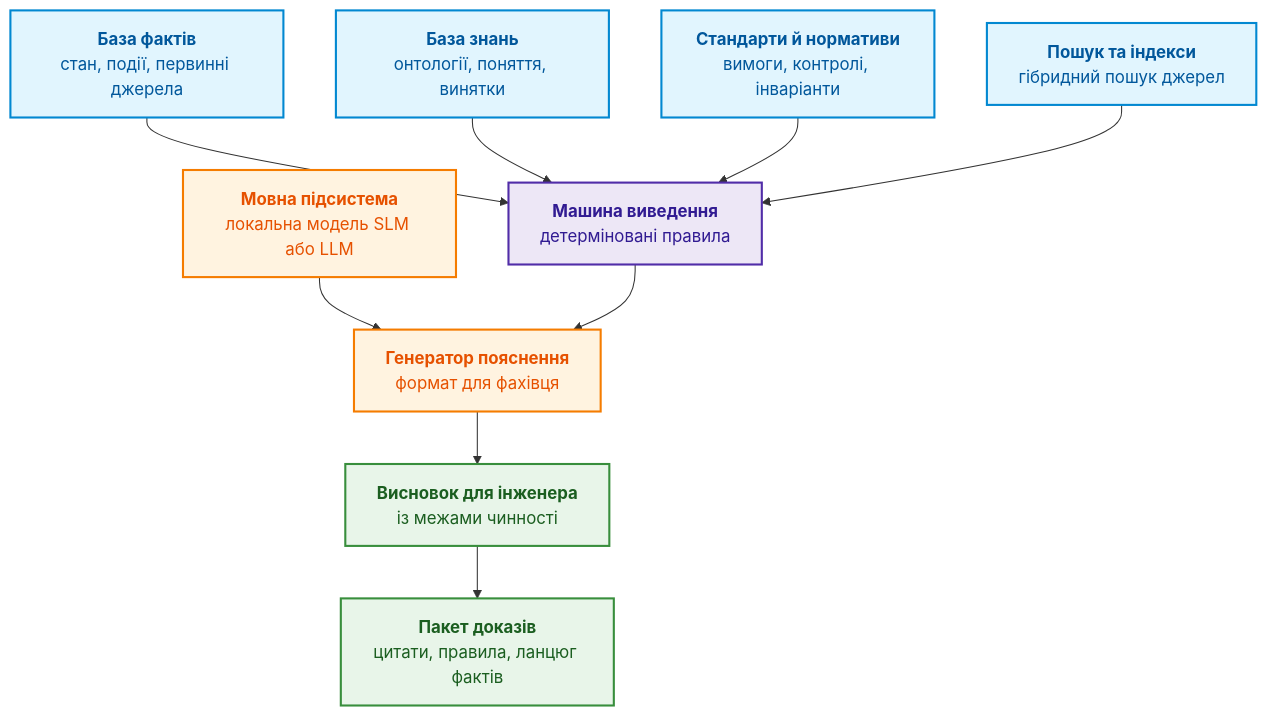
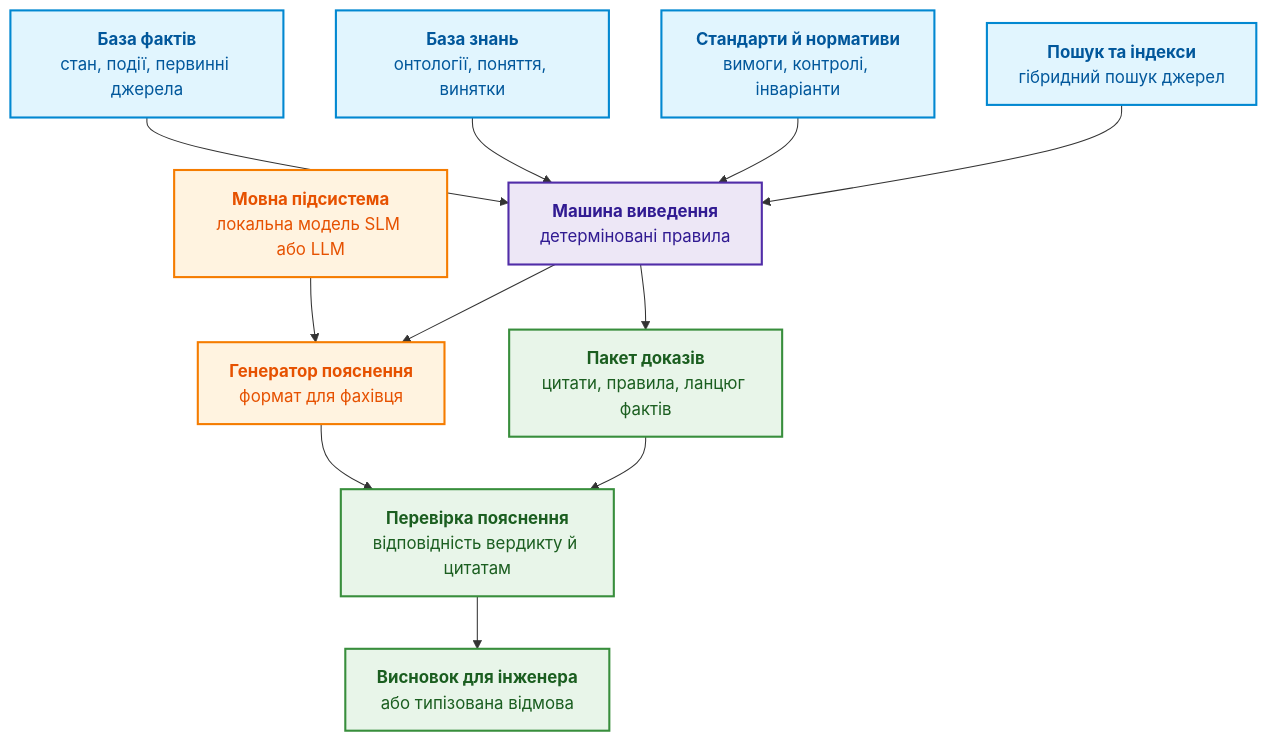
Before and after one commit to nick-fedchik/articles: the second of 6 diagrams in ExpertSystem/ch25-how-expert-systems-learn.md, drawn with Mermaid. The commit also changed other lines of this file and 9 other files, not shown here.

````diff
--- a/ExpertSystem/ch25-how-expert-systems-learn.md
+++ b/ExpertSystem/ch25-how-expert-systems-learn.md
@@ -209,24 +266,26 @@
 ```mermaid
 flowchart TB
     accTitle: Шари експертної системи, які можна навчати
     accDescr: База фактів, база знань, стандарти й пошук живлять машину виведення, а мовна підсистема лише формує пояснення результату виведення для інженера разом із пакетом доказів.
 
     Facts["<b>База фактів</b><br/>стан, події, первинні джерела"] --> Reasoning["<b>Машина виведення</b><br/>детерміновані правила"]
     Knowledge["<b>База знань</b><br/>онтології, поняття, винятки"] --> Reasoning
     Standards["<b>Стандарти й нормативи</b><br/>вимоги, контролі, інваріанти"] --> Reasoning
     Search["<b>Пошук та індекси</b><br/>гібридний пошук джерел"] --> Reasoning
     Model["<b>Мовна підсистема</b><br/>локальна модель SLM або LLM"] --> Explanation["<b>Генератор пояснення</b><br/>формат для фахівця"]
     Reasoning --> Explanation
-    Explanation --> Decision["<b>Висновок для інженера</b><br/>із межами чинності"]
-    Decision --> Evidence["<b>Пакет доказів</b><br/>цитати, правила, ланцюг фактів"]
+    Reasoning --> Evidence["<b>Пакет доказів</b><br/>цитати, правила, ланцюг фактів"]
+    Explanation --> Checked["<b>Перевірка пояснення</b><br/>відповідність вердикту й цитатам"]
+    Evidence --> Checked
+    Checked --> Decision["<b>Висновок для інженера</b><br/>або типізована відмова"]
 
     classDef kb fill:#e1f5fe,stroke:#0288d1,stroke-width:2px,color:#01579b;
     classDef inf fill:#ede7f6,stroke:#512da8,stroke-width:2px,color:#311b92;
     classDef llm fill:#fff3e0,stroke:#f57c00,stroke-width:2px,color:#e65100;
     classDef out fill:#e8f5e9,stroke:#388e3c,stroke-width:2px,color:#1b5e20;
 
     class Facts,Knowledge,Standards,Search kb;
     class Reasoning inf;
     class Model,Explanation llm;
-    class Decision,Evidence out;
+    class Checked,Decision,Evidence out;
 ```
````
